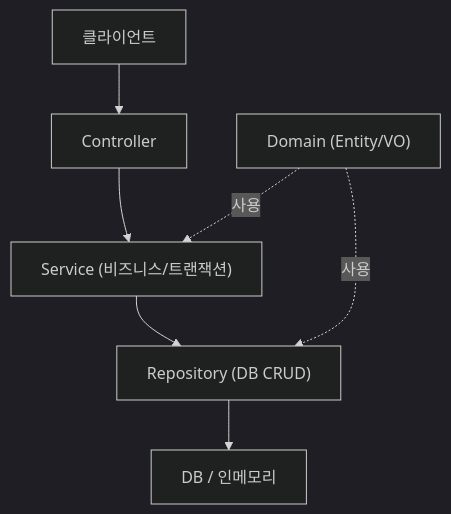
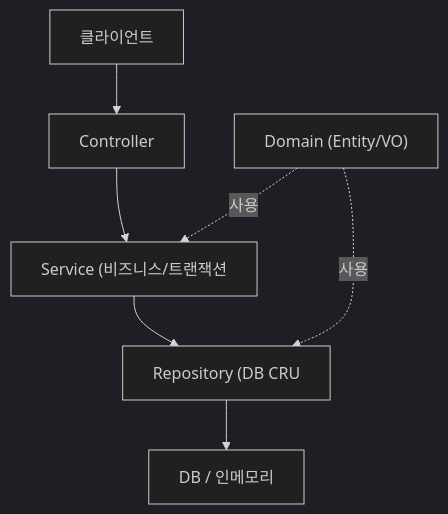
The first of 5 diagrams in _posts/springboot/2021-05-30-springboot-회원 관리 예제.md (yjkim2015/yjkim2015.github.io), drawn with Mermaid (dark theme) before and after one commit. The commit also changed other lines of this file and 271 other files, not shown here.

First line of the commit message:
Mermaid 라벨 축소: 긴 노드 텍스트 18자 이하로 트림 + \n 제거

````diff
--- a/_posts/springboot/2021-05-30-springboot-회원 관리 예제.md
+++ b/_posts/springboot/2021-05-30-springboot-회원 관리 예제.md
@@ -19,9 +19,9 @@
 ```mermaid
 graph TD
     CLI["클라이언트"] --> CTRL["Controller"]
-    CTRL --> SVC["Service (비즈니스/트랜잭션)"]
-    SVC --> REPO["Repository (DB CRUD)"]
+    CTRL --> SVC["Service (비즈니스/트랜잭션"]
+    SVC --> REPO["Repository (DB CRU"]
     REPO --> DB["DB / 인메모리"]
     DOMAIN["Domain (Entity/VO)"] -.->|사용| SVC
     DOMAIN -.->|사용| REPO
 ```
````
